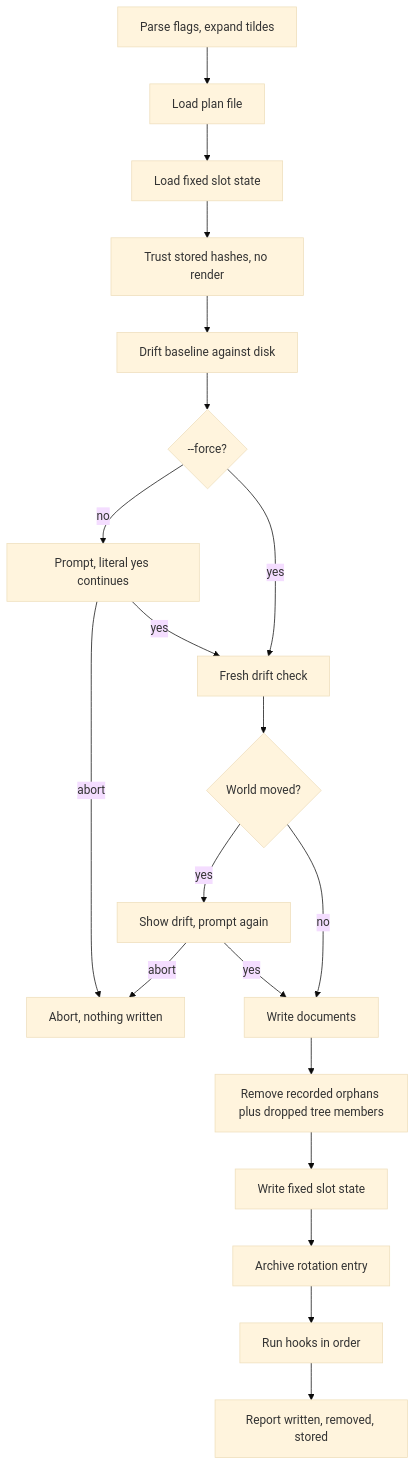
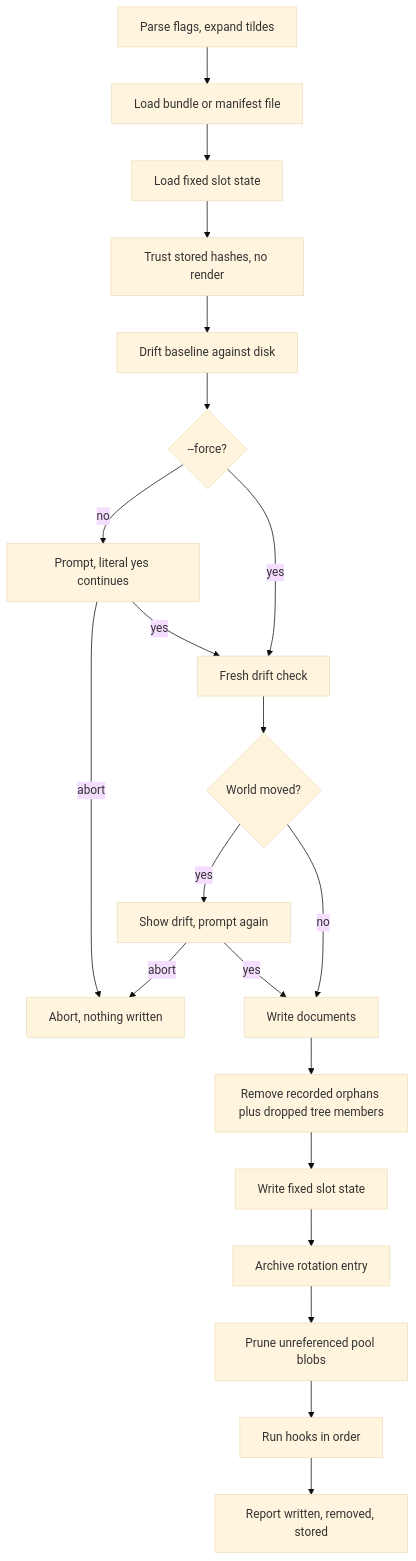
One commit to SolracHQ/confit changed the diagram in docs/flows/apply-plan.md. Above: the diagram before and after it, drawn with Mermaid (base theme). The commit also changed other lines of this file and 17 other files, not shown here.

Commit message:
Slots store manifests, binaries live once in a shared pool. Plan writes self-contained bundles, apply fills the pool and prunes the rest. Diffs render content only, missing keys read as removals. Vocabulary rename still pending, plan plus bundle words land in the next commit.

````diff
--- a/docs/flows/apply-plan.md
+++ b/docs/flows/apply-plan.md
@@ -6,22 +6,23 @@
 ```mermaid
 flowchart TD
-    A["Parse flags, expand tildes"] --> B["Load plan file"]
+    A["Parse flags, expand tildes"] --> B["Load bundle or manifest file"]
     B --> C["Load fixed slot state"]
     C --> D["Trust stored hashes, no render"]
     D --> E["Drift baseline against disk"]
     E --> F{"--force?"}
     F -- no --> G["Prompt, literal yes continues"]
     F -- yes --> H["Fresh drift check"]
     G -- abort --> Z["Abort, nothing written"]
     G -- yes --> H
     H --> I{"World moved?"}
     I -- yes --> J["Show drift, prompt again"]
     I -- no --> K["Write documents"]
     J -- abort --> Z
     J -- yes --> K
     K --> L["Remove recorded orphans plus dropped tree members"]
     L --> N["Write fixed slot state"]
     N --> O["Archive rotation entry"]
-    O --> P["Run hooks in order"]
+    O --> O2["Prune unreferenced pool blobs"]
+    O2 --> P["Run hooks in order"]
     P --> Q["Report written, removed, stored"]
 ```
````
